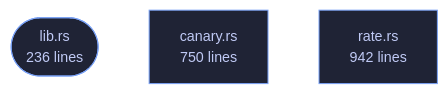
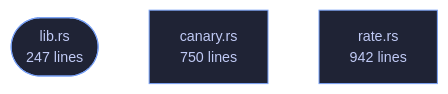
Before and after one commit to tilas01/veilvoice: the diagram in crates/veilvoice-sentry/README.md, drawn with Mermaid. The commit also changed other lines of this file and 182 other files, not shown here.

````diff
--- a/crates/veilvoice-sentry/README.md
+++ b/crates/veilvoice-sentry/README.md
@@ -101,10 +113,10 @@
 ```mermaid
 %%{init: {"theme":"base","themeVariables":{"background":"#1a1b26","primaryColor":"#1f2335","primaryTextColor":"#c0caf5","primaryBorderColor":"#7aa2f7","secondaryColor":"#16161e","tertiaryColor":"#16161e","lineColor":"#737aa2","textColor":"#c0caf5","mainBkg":"#1f2335","nodeBorder":"#7aa2f7","clusterBkg":"#16161e","clusterBorder":"#2f3549","fontFamily":"ui-monospace, SFMono-Regular, Consolas, monospace","fontSize":"14px"}}}%%
 flowchart TD
-    n_lib(["lib.rs<br/>236 lines"])
+    n_lib(["lib.rs<br/>247 lines"])
     n_canary["canary.rs<br/>750 lines"]
     n_rate["rate.rs<br/>942 lines"]
     click n_lib href "https://github.com/tilas01/veilvoice/blob/main/crates/veilvoice-sentry/src/lib.rs" "open the source"
     click n_canary href "https://github.com/tilas01/veilvoice/blob/main/crates/veilvoice-sentry/src/canary.rs" "open the source"
     click n_rate href "https://github.com/tilas01/veilvoice/blob/main/crates/veilvoice-sentry/src/rate.rs" "open the source"
 ```
````
